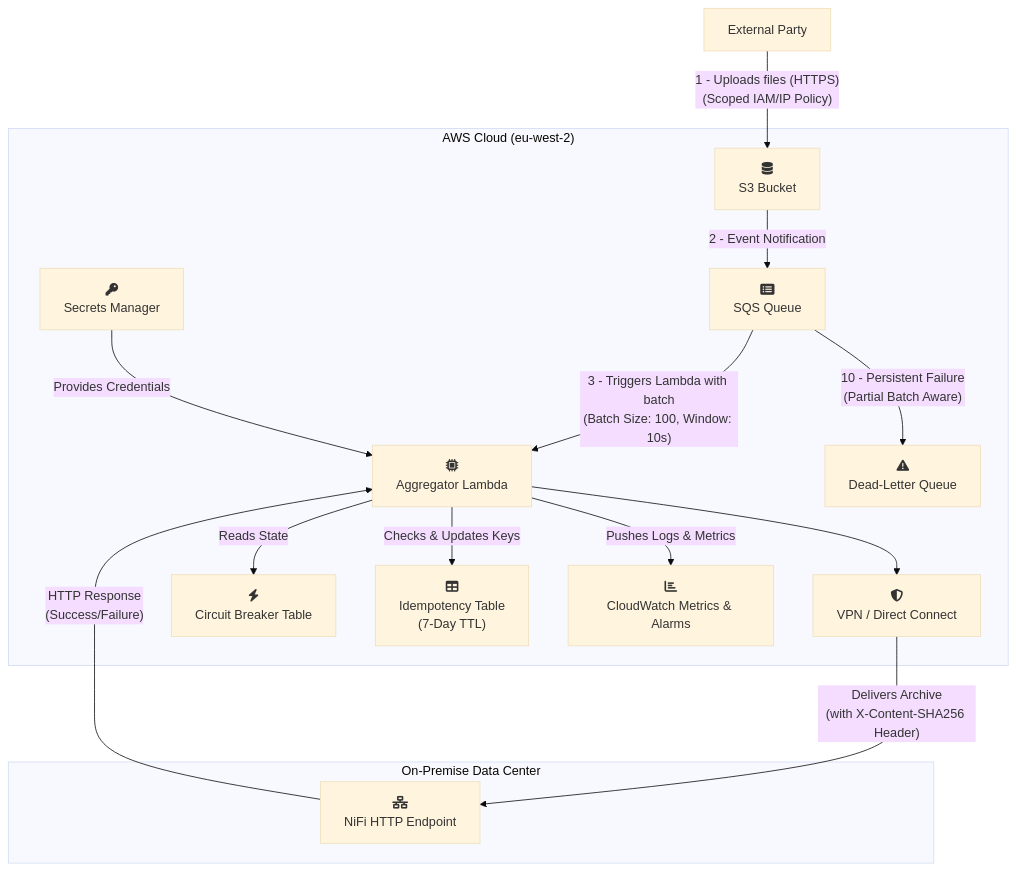
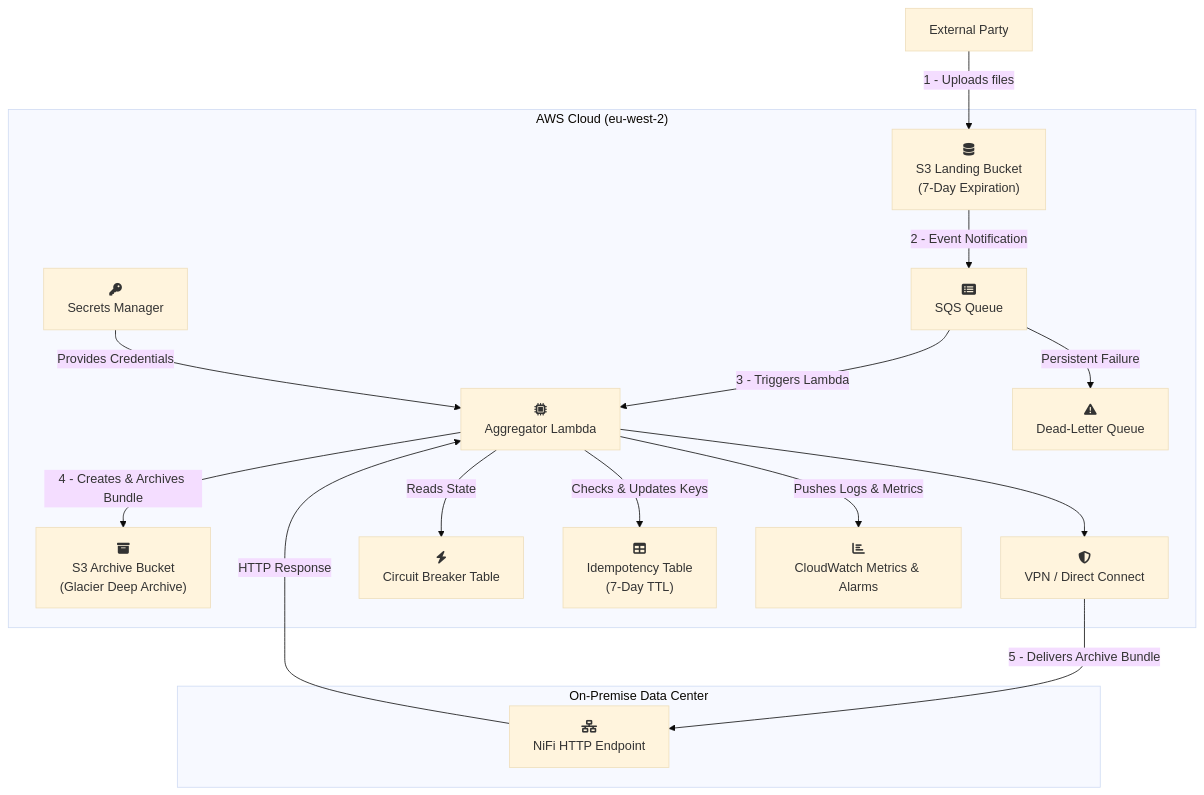
One commit to jathorp/data-agregator changed the diagram in README.md. Above: the diagram before and after it, drawn with Mermaid (base theme). The commit also changed other lines of this file, not shown here.

````diff
--- a/README.md
+++ b/README.md
@@ -53,39 +54,41 @@
 ```mermaid
 flowchart TD
     %% ───────── External Entities ─────────
     ExternalParty["External Party"]
     subgraph "On-Premise Data Center"
         NiFi["fa:fa-network-wired<br/>NiFi HTTP Endpoint"]
     end
 
     %% ───────── AWS Cloud (eu-west-2) System Boundary ─────────
     subgraph "AWS Cloud (eu-west-2)"
         %% Main Data Flow Nodes
-        S3["fa:fa-database<br/>S3 Bucket"]
+        S3_Landing["fa:fa-database<br/>S3 Landing Bucket<br/>(7-Day Expiration)"]
+        S3_Archive["fa:fa-archive<br/>S3 Archive Bucket<br/>(Glacier Deep Archive)"]
         SQS["fa:fa-list-alt<br/>SQS Queue"]
         Lambda["fa:fa-microchip<br/>Aggregator Lambda"]
         SecureTunnel["fa:fa-shield-alt<br/>VPN / Direct Connect"]
         DLQ["fa:fa-exclamation-triangle<br/>Dead-Letter Queue"]
         
         %% Supporting Service Nodes
         DynamoCB["fa:fa-bolt<br/>Circuit Breaker Table"]
         DynamoDB["fa:fa-table<br/>Idempotency Table<br/>(7-Day TTL)"]
         SecretsManager["fa:fa-key<br/>Secrets Manager"]
         CloudWatch["fa:fa-chart-bar<br/>CloudWatch Metrics & Alarms"]
 
         %% Internal System Connections
-        S3              -->|"2 - Event Notification"| SQS
-        SQS             -->|"3 - Triggers Lambda with batch<br/>(Batch Size: 100, Window: 10s)"| Lambda
+        S3_Landing      -->|"2 - Event Notification"| SQS
+        SQS             -->|"3 - Triggers Lambda"| Lambda
+        Lambda          -->|"4 - Creates & Archives Bundle"| S3_Archive
         Lambda -- "Reads State" --> DynamoCB
         Lambda -- "Checks & Updates Keys" --> DynamoDB
         SecretsManager -- "Provides Credentials" --> Lambda
         Lambda -- "Pushes Logs & Metrics" --> CloudWatch
         Lambda --> SecureTunnel
-        SQS -->|"10 - Persistent Failure<br/>(Partial Batch Aware)"| DLQ
+        SQS -->|"Persistent Failure"| DLQ
     end
 
     %% ───────── Boundary Crossing Connections ─────────
-    ExternalParty   -->|"1 - Uploads files (HTTPS)<br/>(Scoped IAM/IP Policy)"| S3
-    SecureTunnel -->|"Delivers Archive<br/>(with X-Content-SHA256 Header)"| NiFi
-    NiFi -- "HTTP Response<br/>(Success/Failure)" --> Lambda
+    ExternalParty   -->|"1 - Uploads files"| S3_Landing
+    SecureTunnel -->|"5 - Delivers Archive Bundle"| NiFi
+    NiFi -- "HTTP Response" --> Lambda
 ```
````
